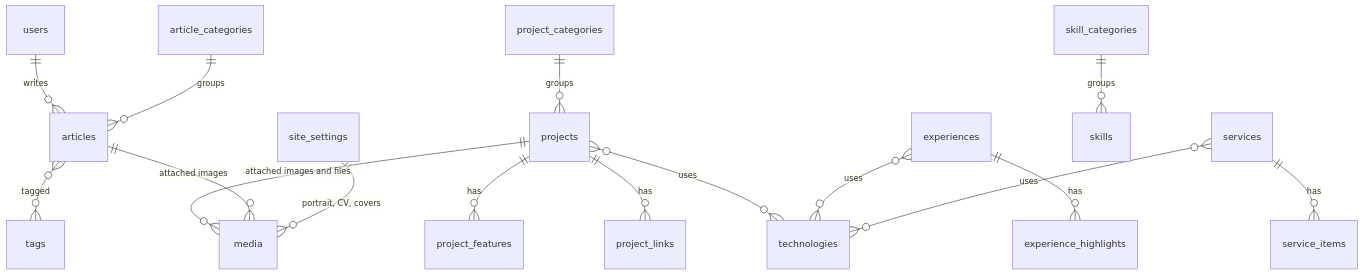
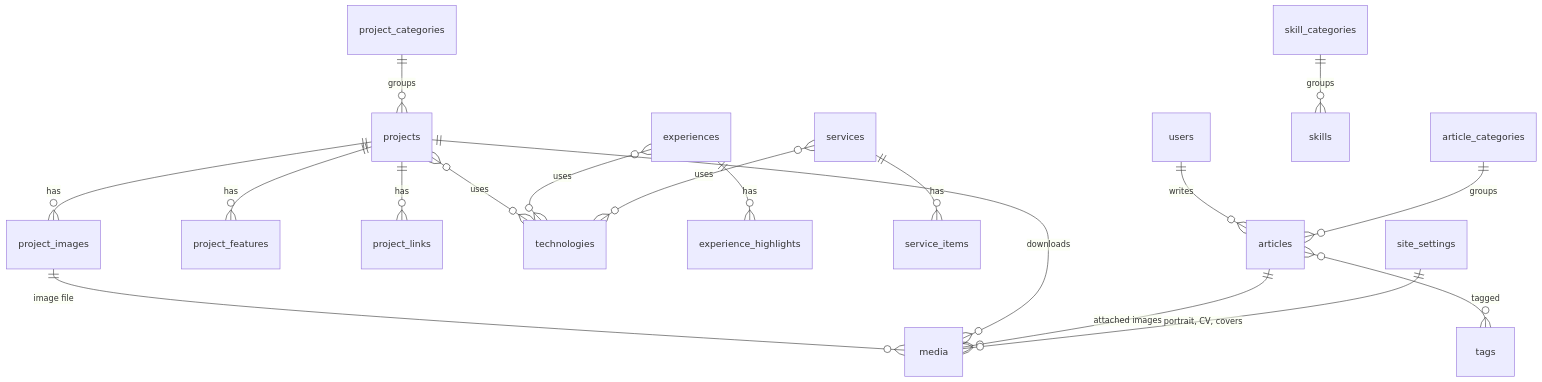
Before and after one commit to denko5/portfolio-platform: the diagram in docs/DATABASE.md, drawn with Mermaid. The commit also changed other lines of this file and 13 other files, not shown here.

Commit message:
feat(backend): Projects resource with tabbed form, images and publishing hold

````diff
--- a/docs/DATABASE.md
+++ b/docs/DATABASE.md
@@ -11,18 +11,20 @@
 ```mermaid
 erDiagram
   users ||--o{ articles : writes
   project_categories ||--o{ projects : groups
   projects ||--o{ project_features : has
   projects ||--o{ project_links : has
   projects }o--o{ technologies : uses
   experiences ||--o{ experience_highlights : has
   experiences }o--o{ technologies : uses
   services ||--o{ service_items : has
   services }o--o{ technologies : uses
   skill_categories ||--o{ skills : groups
   article_categories ||--o{ articles : groups
   articles }o--o{ tags : tagged
-  projects ||--o{ media : "attached images and files"
+  projects ||--o{ project_images : has
+  project_images ||--o{ media : "image file"
+  projects ||--o{ media : "downloads"
   articles ||--o{ media : "attached images"
   site_settings ||--o{ media : "portrait, CV, covers"
 ```
````
